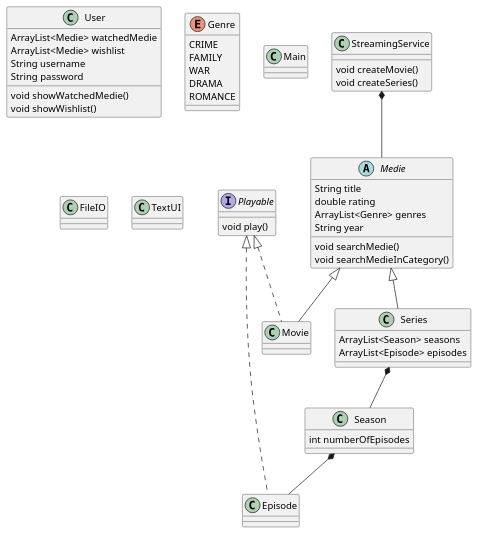
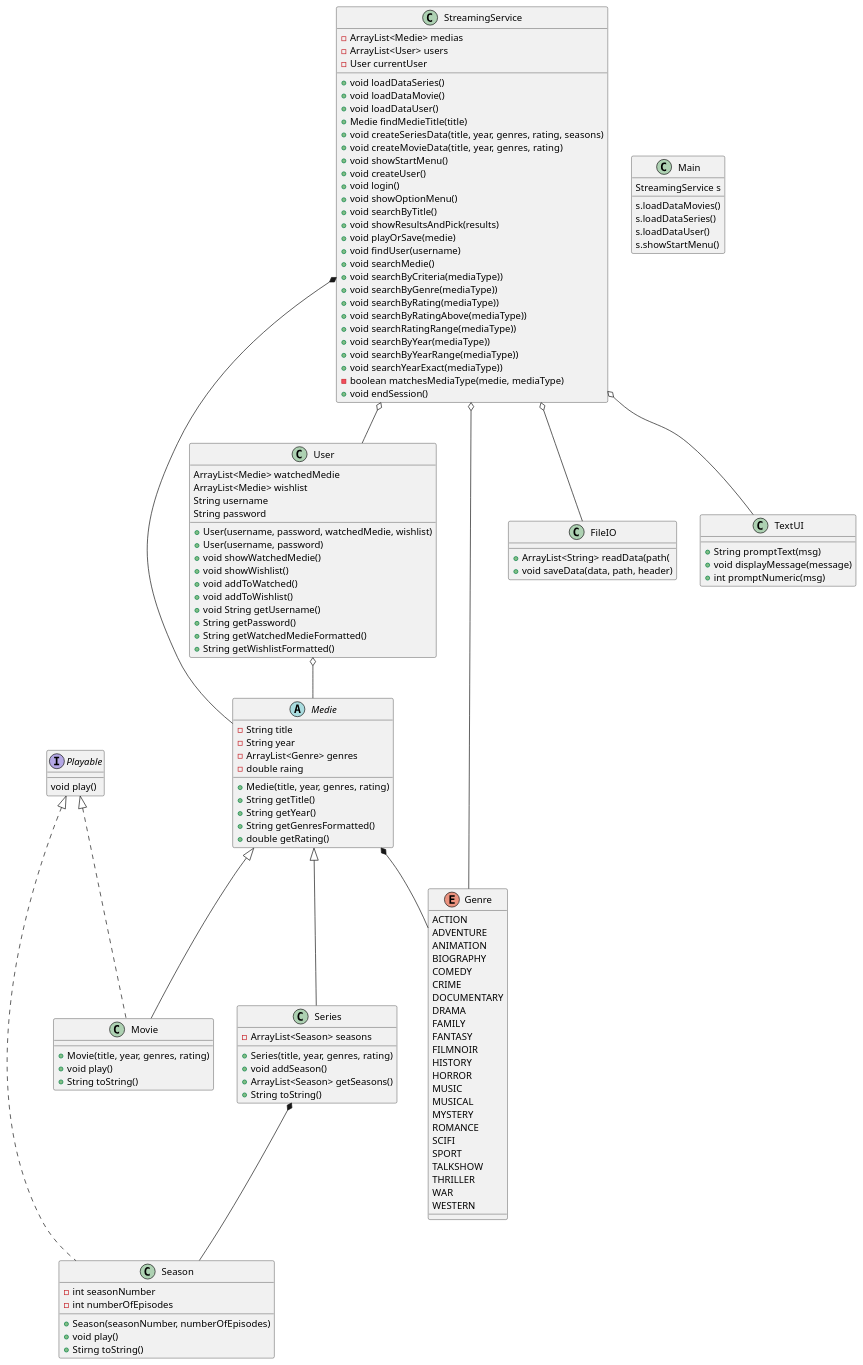
The diagram in doc/classdiagram.puml (EmilMarinovic/SP3), drawn with PlantUML before and after one commit. The commit also changed 11 other files, not shown here.

```diff
--- a/doc/classdiagram.puml
+++ b/doc/classdiagram.puml
@@ -1,61 +1,151 @@
 @startuml
 abstract Medie {
-String title
-double rating
-ArrayList<Genre> genres
-String year
-void searchMedie()
-void searchMedieInCategory()
+- String title
+- String year
+- ArrayList<Genre> genres
+- double raing
++ Medie(title, year, genres, rating)
++ String getTitle()
++ String getYear()
++ String getGenresFormatted()
++ double getRating()
 }
+
 class Movie {
++ Movie(title, year, genres, rating)
++ void play()
++ String toString()
 }
+
 class Series {
-ArrayList<Season> seasons
-ArrayList<Episode> episodes
+- ArrayList<Season> seasons
++ Series(title, year, genres, rating)
++ void addSeason()
++ ArrayList<Season> getSeasons()
++ String toString()
 }
+
 class Season {
-int numberOfEpisodes
+- int seasonNumber
+- int numberOfEpisodes
++ Season(seasonNumber, numberOfEpisodes)
++ void play()
++ Stirng toString()
 }
-class Episode {
-}
+
 class User {
 ArrayList<Medie> watchedMedie
 ArrayList<Medie> wishlist
 String username
 String password
-void showWatchedMedie()
-void showWishlist()
+
++ User(username, password, watchedMedie, wishlist)
++ User(username, password)
++ void showWatchedMedie()
++ void showWishlist()
++ void addToWatched()
++ void addToWishlist()
++ void String getUsername()
++ String getPassword()
++ String getWatchedMedieFormatted()
++ String getWishlistFormatted()
 }
+
+class StreamingService {
+- ArrayList<Medie> medias
+- ArrayList<User> users
+- User currentUser
++ void loadDataSeries()
++ void loadDataMovie()
++ void loadDataUser()
++ Medie findMedieTitle(title)
++ void createSeriesData(title, year, genres, rating, seasons)
++ void createMovieData(title, year, genres, rating)
++ void showStartMenu()
++ void createUser()
++ void login()
++ void showOptionMenu()
++ void searchByTitle()
++ void showResultsAndPick(results)
++ void playOrSave(medie)
++ void findUser(username)
++ void searchMedie()
++ void searchByCriteria(mediaType))
++ void searchByGenre(mediaType))
++ void searchByRating(mediaType))
++ void searchByRatingAbove(mediaType))
++ void searchRatingRange(mediaType))
++ void searchByYear(mediaType))
++ void searchByYearRange(mediaType))
++ void searchYearExact(mediaType))
+- boolean matchesMediaType(medie, mediaType)
++ void endSession()
+}
+
 enum Genre {
+ACTION
+ADVENTURE
+ANIMATION
+BIOGRAPHY
+COMEDY
 CRIME
+DOCUMENTARY
+DRAMA
 FAMILY
+FANTASY
+FILMNOIR
+HISTORY
+HORROR
+MUSIC
+MUSICAL
+MYSTERY
+ROMANCE
+SCIFI
+SPORT
+TALKSHOW
+THRILLER
 WAR
-DRAMA
-ROMANCE
+WESTERN
 }
-class Main
+
+class Main {
+StreamingService s
+s.loadDataMovies()
+s.loadDataSeries()
+s.loadDataUser()
+s.showStartMenu()
+}
+
 interface Playable {
 void play()
 }
-class FileIO
-class TextUI
-class StreamingService {
-void createMovie()
-void createSeries()
+
+class FileIO {
++ ArrayList<String> readData(path(
++ void saveData(data, path, header)
 }
-
-
-
+class TextUI {
++ String promptText(msg)
++ void displayMessage(message)
++ int promptNumeric(msg)
+}
 
 
 Medie <|-- Movie
 Medie <|-- Series
+Medie *-- Genre
 
 Series *-- Season
-Season *-- Episode
 
 Playable <|.. Movie
-Playable <|.. Episode
+Playable <|.. Season
 
 StreamingService *-- Medie
+StreamingService o-- Genre
+StreamingService o-- User
+
+StreamingService o-- TextUI
+StreamingService o-- FileIO
+
+User o-- Medie
 @enduml
```
